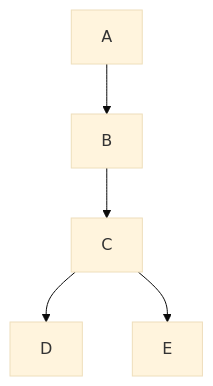
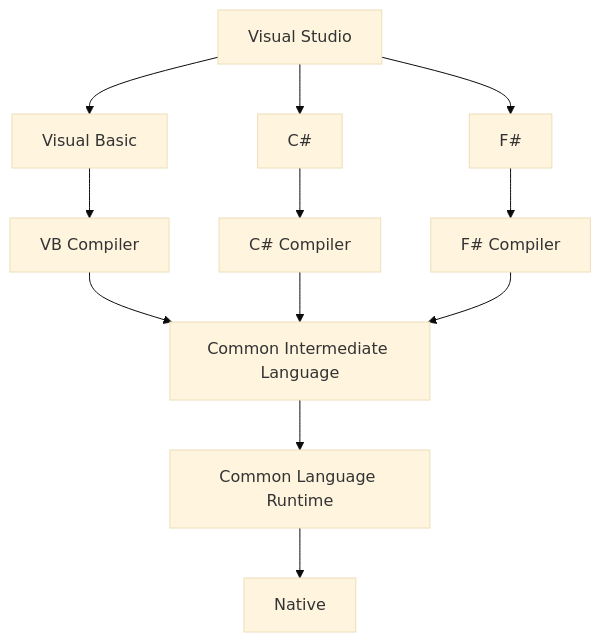
The diagram in C#/C# Nybörjarkurs/lektion/intro/readme.md (marcusjobb/CM_Obsidian), drawn with Mermaid (base theme) before and after one commit. The commit also changed other lines of this file, not shown here.

````diff
--- a/C#/C# Nybörjarkurs/lektion/intro/readme.md
+++ b/C#/C# Nybörjarkurs/lektion/intro/readme.md
@@ -9,7 +11,11 @@
 ```mermaid
   graph TD;
-      A-->B;
-      B-->C;
-      C-->D;
-      C-->E;
+      VS[Visual Studio]-->VB[Visual Basic];
+      VS-->C#;
+      VS-->F#;
+      VB-->VBC[VB Compiler]-->CIL[Common Intermediate Language];
+      C#-->CSC[C# Compiler]-->CIL;
+      F#-->FSC[F# Compiler]-->CIL;
+      CIL-->CLR[Common Language Runtime]
+      CLR-->Native;
 ```
````
